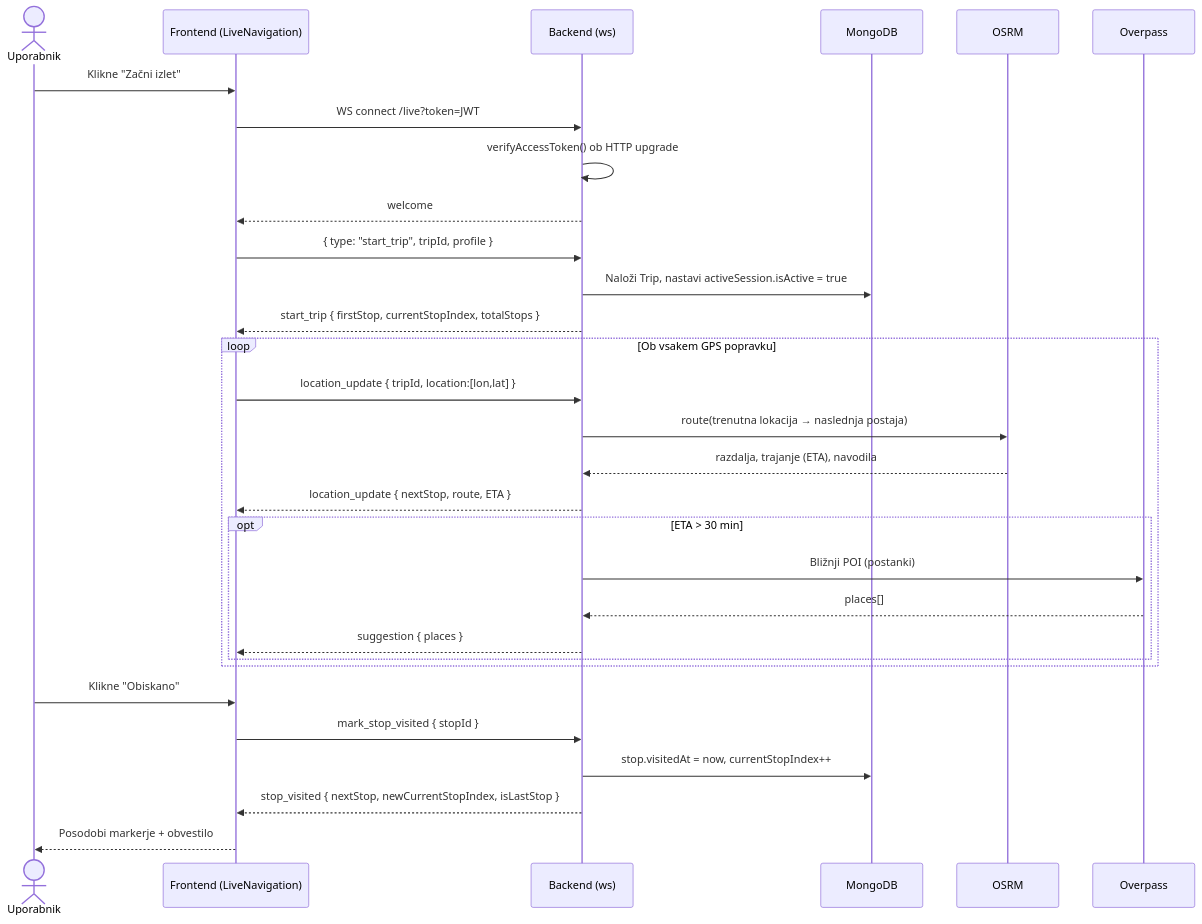
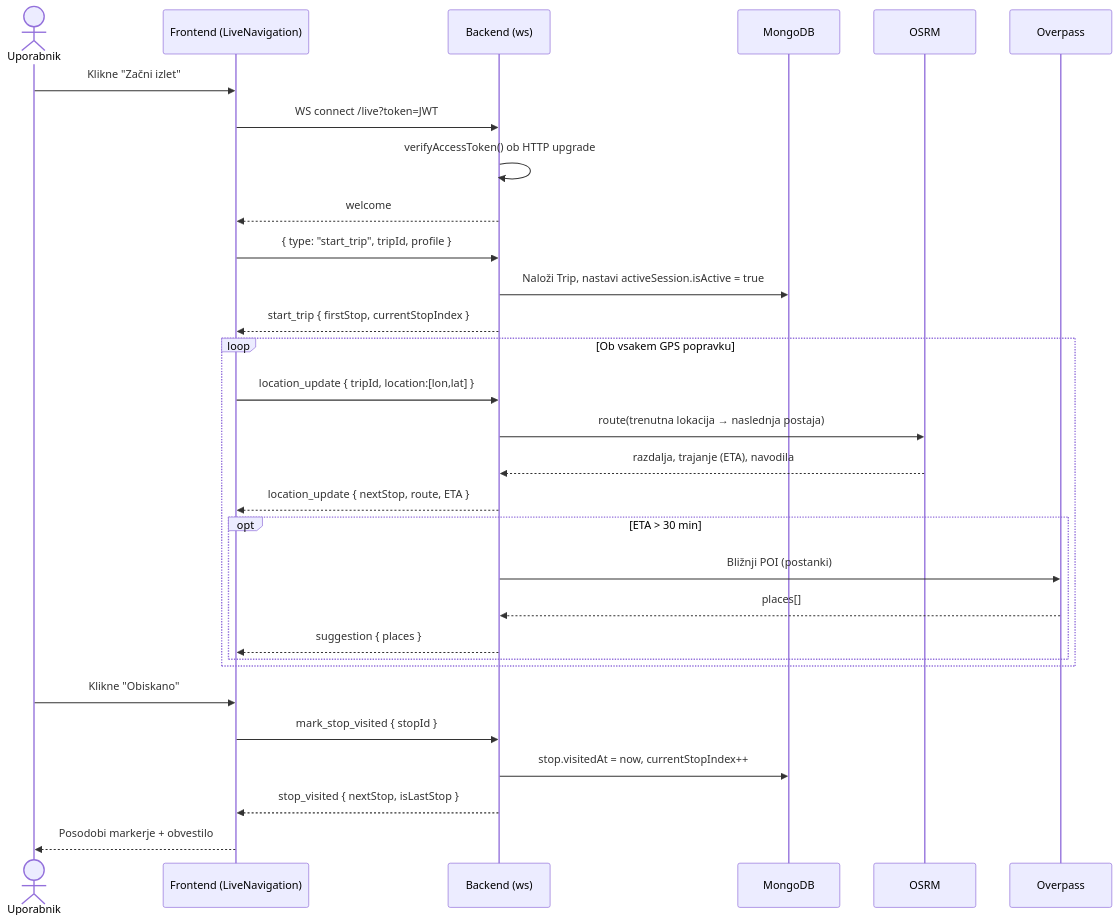
One commit to DropInSlovenia/dokumentacija changed the fourth of 11 diagrams in DOKUMENTACIJA.md. Above: the diagram before and after it, drawn with Mermaid. The commit also changed other lines of this file, not shown here.

````diff
--- a/DOKUMENTACIJA.md
+++ b/DOKUMENTACIJA.md
@@ -252,35 +221,35 @@
 ```mermaid
 sequenceDiagram
     actor U as Uporabnik
     participant FE as Frontend (LiveNavigation)
     participant BE as Backend (ws)
     participant DB as MongoDB
     participant OSRM as OSRM
     participant OV as Overpass
 
     U->>FE: Klikne "Začni izlet"
     FE->>BE: WS connect /live?token=JWT
     BE->>BE: verifyAccessToken() ob HTTP upgrade
     BE-->>FE: welcome
     FE->>BE: { type: "start_trip", tripId, profile }
     BE->>DB: Naloži Trip, nastavi activeSession.isActive = true
-    BE-->>FE: start_trip { firstStop, currentStopIndex, totalStops }
+    BE-->>FE: start_trip { firstStop, currentStopIndex }
 
     loop Ob vsakem GPS popravku
         FE->>BE: location_update { tripId, location:[lon,lat] }
         BE->>OSRM: route(trenutna lokacija → naslednja postaja)
         OSRM-->>BE: razdalja, trajanje (ETA), navodila
         BE-->>FE: location_update { nextStop, route, ETA }
         opt ETA > 30 min
             BE->>OV: Bližnji POI (postanki)
             OV-->>BE: places[]
             BE-->>FE: suggestion { places }
         end
     end
 
     U->>FE: Klikne "Obiskano"
     FE->>BE: mark_stop_visited { stopId }
     BE->>DB: stop.visitedAt = now, currentStopIndex++
-    BE-->>FE: stop_visited { nextStop, newCurrentStopIndex, isLastStop }
+    BE-->>FE: stop_visited { nextStop, isLastStop }
     FE-->>U: Posodobi markerje + obvestilo
 ```
````
